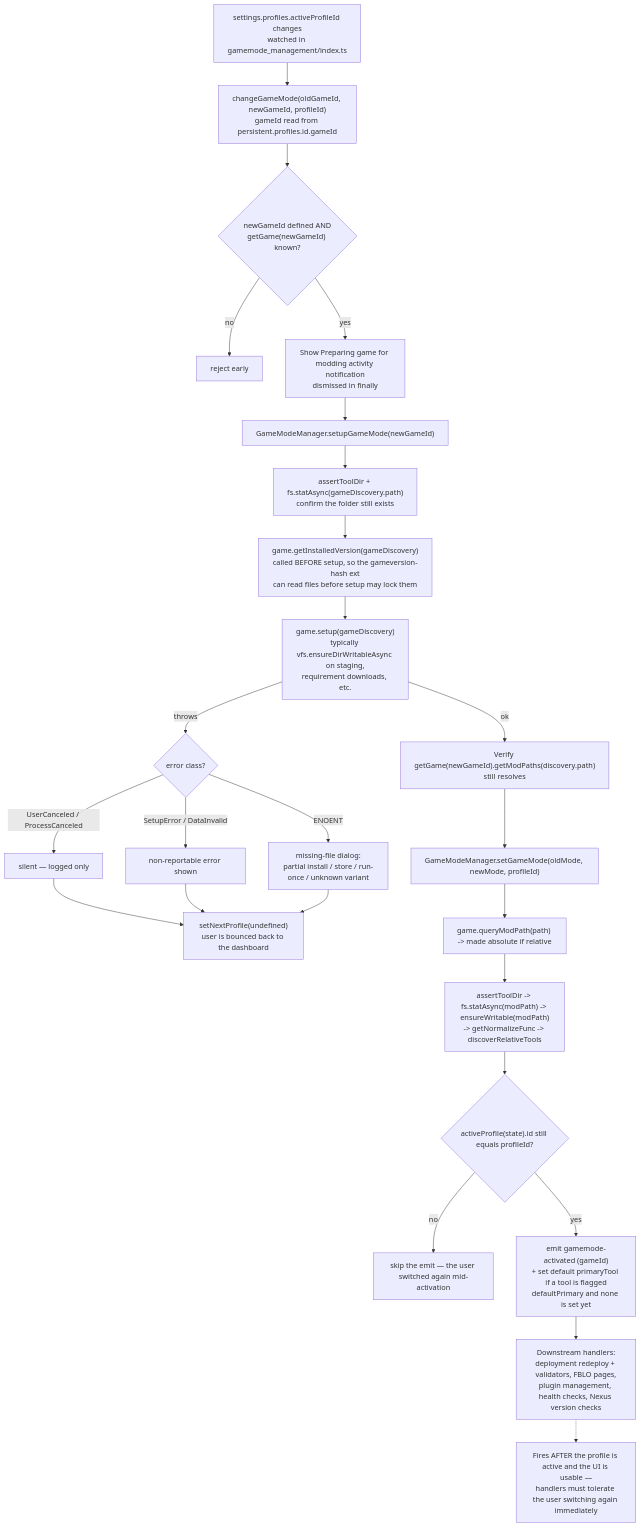
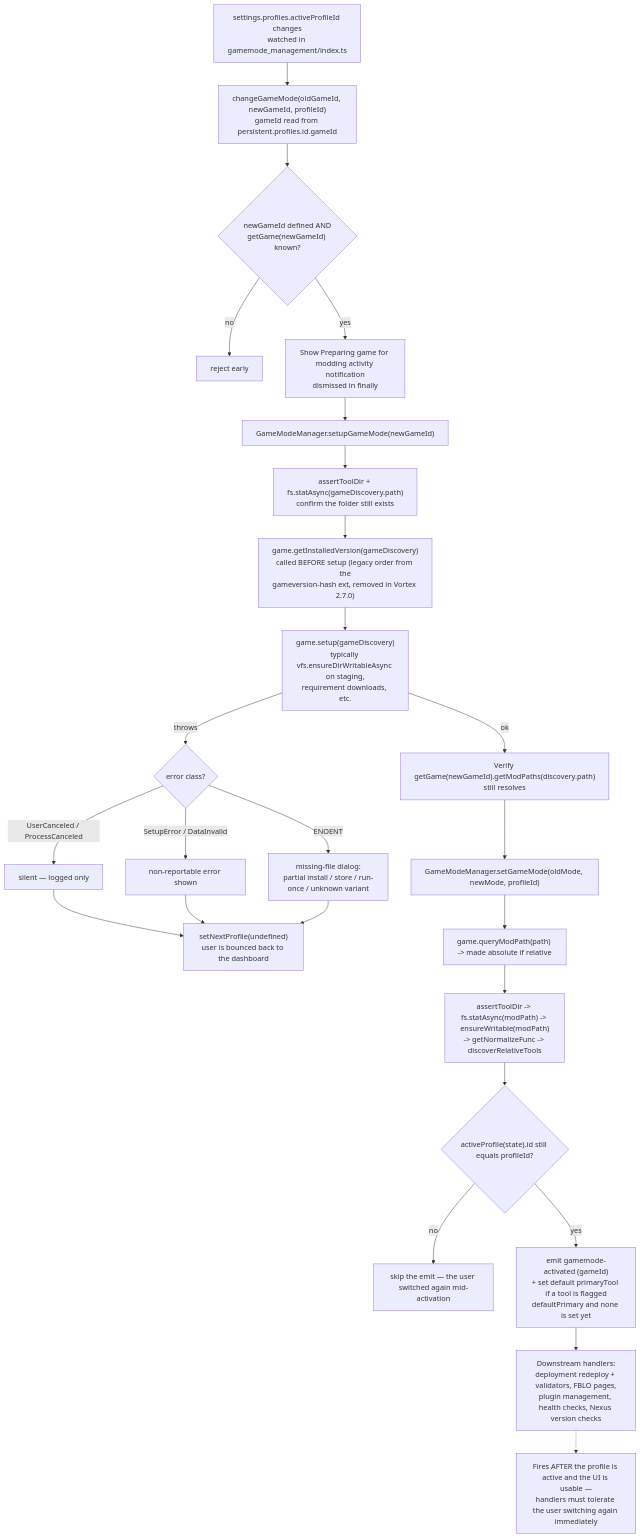
One commit to ChemGuy1611/ChemBoy1-Vortex-Games changed diagram 11 of 13 in resources/VORTEX_FLOWCHARTS.md. Above: the diagram before and after it, drawn with Mermaid. The commit also changed 504 other files, not shown here.

Commit message:
util.opn and util.getSafe/setSafe deprecation work - part 1 game version pilots for UE/Unity games - witchfire 1.1.1 & fatekeeper 1.1.2 runescapedragonwilds 1.2.1 - RuneSchema path reassignment fix for Xbox version spacemarine2 0.8.5 - requiredFiles fix for Xbox version - use retail exe

````diff
--- a/resources/VORTEX_FLOWCHARTS.md
+++ b/resources/VORTEX_FLOWCHARTS.md
@@ -335,34 +335,34 @@
 ```mermaid
 flowchart TD
     A["settings.profiles.activeProfileId changes<br/>watched in gamemode_management/index.ts"] --> B["changeGameMode(oldGameId, newGameId, profileId)<br/>gameId read from persistent.profiles.id.gameId"]
 
     B --> C{"newGameId defined AND<br/>getGame(newGameId) known?"}
     C -- "no" --> REJ["reject early"]
     C -- "yes" --> N["Show Preparing game for modding activity notification<br/>dismissed in finally"]
 
     N --> SG["GameModeManager.setupGameMode(newGameId)"]
     SG --> SG1["assertToolDir + fs.statAsync(gameDiscovery.path)<br/>confirm the folder still exists"]
-    SG1 --> SG2["game.getInstalledVersion(gameDiscovery)<br/>called BEFORE setup, so the gameversion-hash ext<br/>can read files before setup may lock them"]
+    SG1 --> SG2["game.getInstalledVersion(gameDiscovery)<br/>called BEFORE setup (legacy order from the<br/>gameversion-hash ext, removed in Vortex 2.7.0)"]
     SG2 --> SG3["game.setup(gameDiscovery)<br/>typically vfs.ensureDirWritableAsync on staging,<br/>requirement downloads, etc."]
 
     SG3 -- "throws" --> FAIL{"error class?"}
     FAIL -- "UserCanceled / ProcessCanceled" --> F1["silent — logged only"]
     FAIL -- "SetupError / DataInvalid" --> F2["non-reportable error shown"]
     FAIL -- "ENOENT" --> F3["missing-file dialog:<br/>partial install / store / run-once / unknown variant"]
     F1 --> BOUNCE
     F2 --> BOUNCE
     F3 --> BOUNCE
     BOUNCE["setNextProfile(undefined)<br/>user is bounced back to the dashboard"]
 
     SG3 -- "ok" --> MP["Verify getGame(newGameId).getModPaths(discovery.path)<br/>still resolves"]
     MP --> SM["GameModeManager.setGameMode(oldMode, newMode, profileId)"]
     SM --> SM1["game.queryModPath(path) -> made absolute if relative"]
     SM1 --> SM2["assertToolDir -> fs.statAsync(modPath) -> ensureWritable(modPath)<br/>-> getNormalizeFunc -> discoverRelativeTools"]
 
     SM2 --> STILL{"activeProfile(state).id still equals profileId?"}
     STILL -- "no" --> ABORT["skip the emit — the user switched again mid-activation"]
     STILL -- "yes" --> EMIT["emit gamemode-activated (gameId)<br/>+ set default primaryTool if a tool is flagged<br/>defaultPrimary and none is set yet"]
 
     EMIT --> DOWN["Downstream handlers:<br/>deployment redeploy + validators, FBLO pages,<br/>plugin management, health checks, Nexus version checks"]
     DOWN -.-> TOL["Fires AFTER the profile is active and the UI is usable —<br/>handlers must tolerate the user switching again immediately"]
 ```
````
